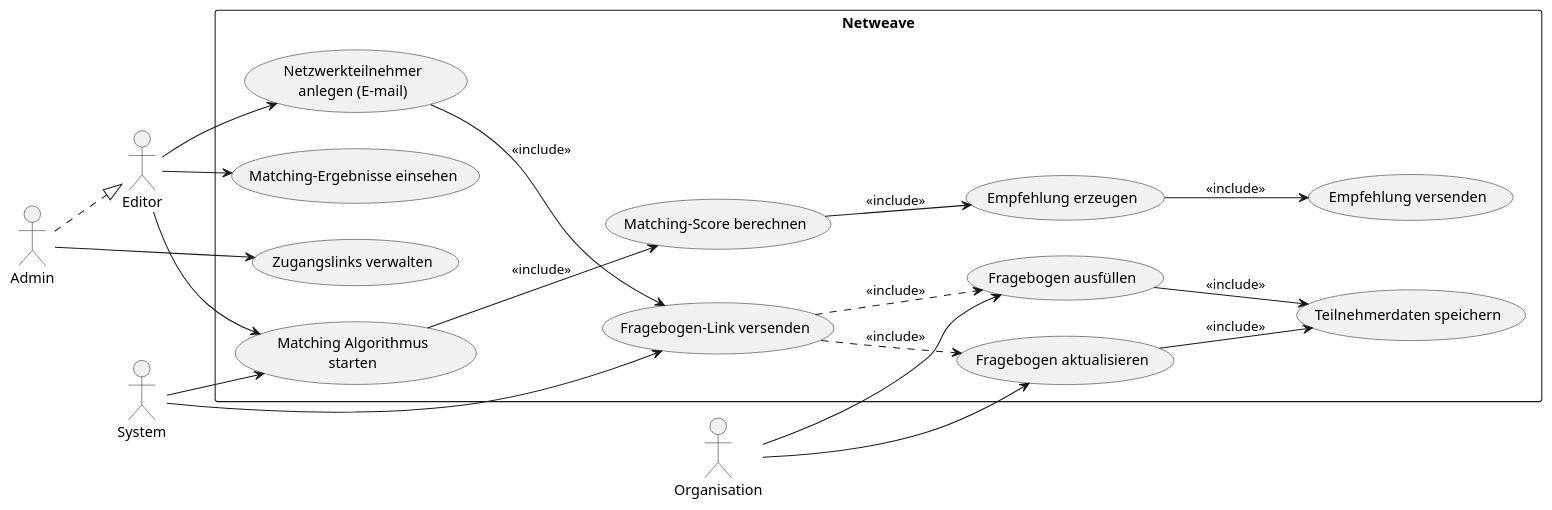
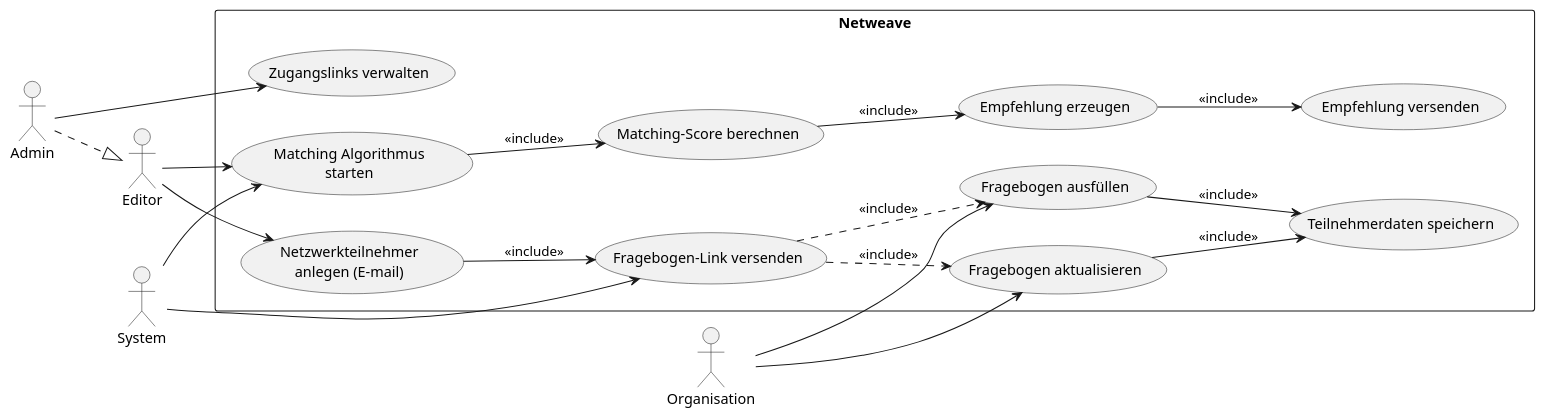
The diagram in docs/use-case-diagram.puml (Netweave-Managed-Networking/netweave-nx), drawn with PlantUML before and after one commit.

Commit message:
docs: remove use case: "Matching-Ergebnisse einsehen"

```diff
--- a/docs/use-case-diagram.puml
+++ b/docs/use-case-diagram.puml
@@ -1,53 +1,51 @@
 @startuml
 left to right direction
 
 actor Admin
 actor Editor
 actor Organisation
 actor System
 
 rectangle Netweave {
   usecase "Zugangslinks verwalten" as UC1
   usecase "Netzwerkteilnehmer\nanlegen (E-mail)" as UC2
   usecase "Fragebogen-Link versenden" as UC3
   usecase "Fragebogen ausfüllen" as UC4
   usecase "Teilnehmerdaten speichern" as UC5
   usecase "Matching Algorithmus\nstarten" as UC6
   usecase "Matching-Score berechnen" as UC7
   usecase "Empfehlung erzeugen" as UC8
   usecase "Empfehlung versenden" as UC9
   usecase "Fragebogen aktualisieren" as UC10
-  usecase "Matching-Ergebnisse einsehen" as UC11
 }
 
 ' Admin is an Editor
 Admin ..|> Editor
 
 
 ' Admin
 Admin --> UC1
 
 ' Editor
 Editor --> UC2
 Editor --> UC6
-Editor --> UC11
 
 ' Organisation
 Organisation --> UC4
 Organisation --> UC10
 
 ' System
 System --> UC6
 System --> UC3
 
 ' Use-case relations
 UC2 --> UC3 : <<include>>
 UC3 ..> UC4 : <<include>>
 UC3 ..> UC10 : <<include>>
 UC4 --> UC5 : <<include>>
 UC6 --> UC7 : <<include>>
 UC7 --> UC8 : <<include>>
 UC8 --> UC9 : <<include>>
 UC10 --> UC5 : <<include>>
 
 @enduml
```
